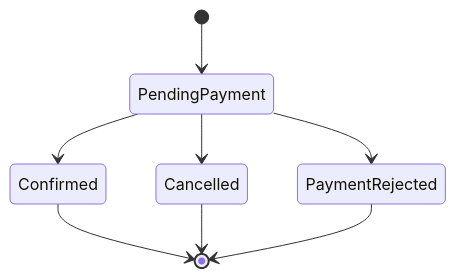
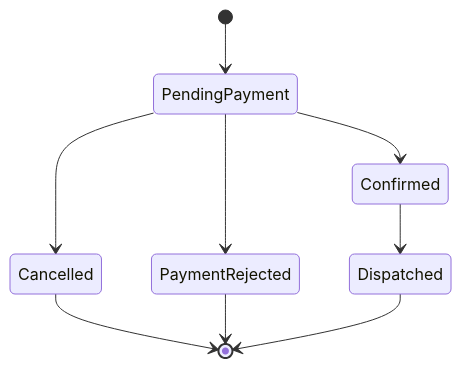
One commit to HericlesSouza/orderflow changed the diagram in docs/PROJECT_SCOPE.md. Above: the diagram before and after it, drawn with Mermaid. The commit also changed other lines of this file and 25 other files, not shown here.

````diff
--- a/docs/PROJECT_SCOPE.md
+++ b/docs/PROJECT_SCOPE.md
@@ -159,10 +160,11 @@
 ```mermaid
 stateDiagram-v2
     [*] --> PendingPayment
     PendingPayment --> Confirmed
     PendingPayment --> Cancelled
     PendingPayment --> PaymentRejected
-    Confirmed --> [*]
+    Confirmed --> Dispatched
     Cancelled --> [*]
     PaymentRejected --> [*]
+    Dispatched --> [*]
 ```
````
